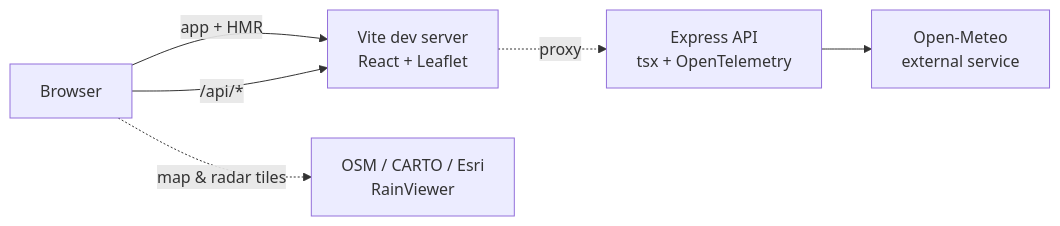
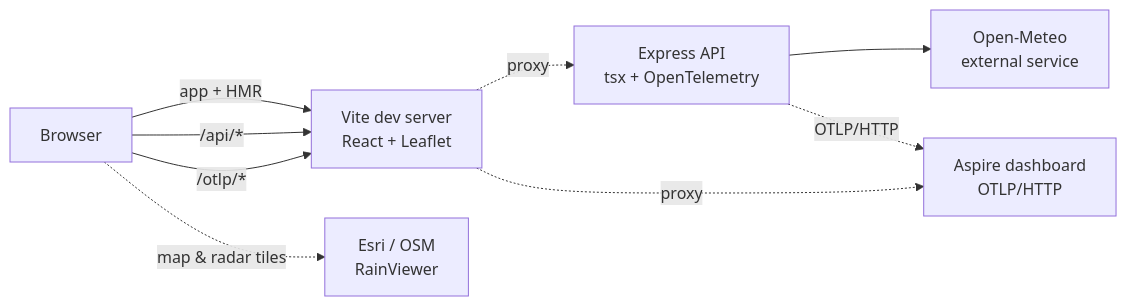
One commit to microsoft/aspire-samples changed the first of 2 diagrams in samples/aspire-with-node/README.md. Above: the diagram before and after it, drawn with Mermaid. The commit also changed other lines of this file and 67 other files, not shown here.

First line of the commit message:
aspire-with-node: fleet weather-risk dispatch board with OpenAPI/Scalar, browser-to-API traces, domain metrics, pino logs, and an Assess all routes command

````diff
--- a/samples/aspire-with-node/README.md
+++ b/samples/aspire-with-node/README.md
@@ -17,8 +17,11 @@
 ```mermaid
 flowchart LR
     Browser -->|app + HMR| Vite[Vite dev server<br/>React + Leaflet]
     Browser -->|/api/*| Vite
     Vite -. proxy .-> Express[Express API<br/>tsx + OpenTelemetry]
     Express --> OpenMeteo[Open-Meteo<br/>external service]
-    Browser -. map & radar tiles .-> Tiles[OSM / CARTO / Esri<br/>RainViewer]
+    Browser -->|/otlp/*| Vite
+    Vite -. proxy .-> Dashboard[Aspire dashboard<br/>OTLP/HTTP]
+    Express -. OTLP/HTTP .-> Dashboard
+    Browser -. map & radar tiles .-> Tiles[Esri / OSM<br/>RainViewer]
 ```
````
